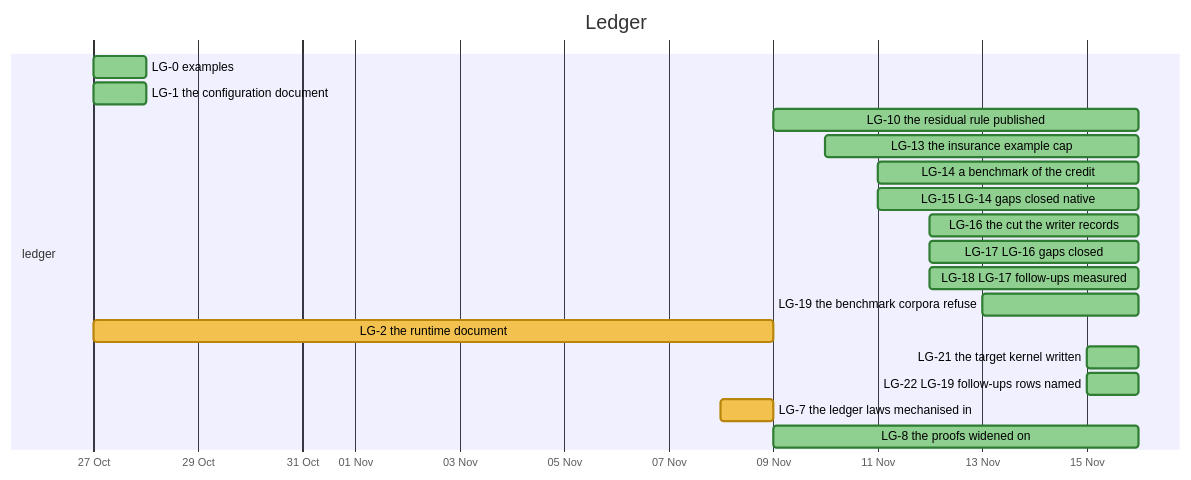
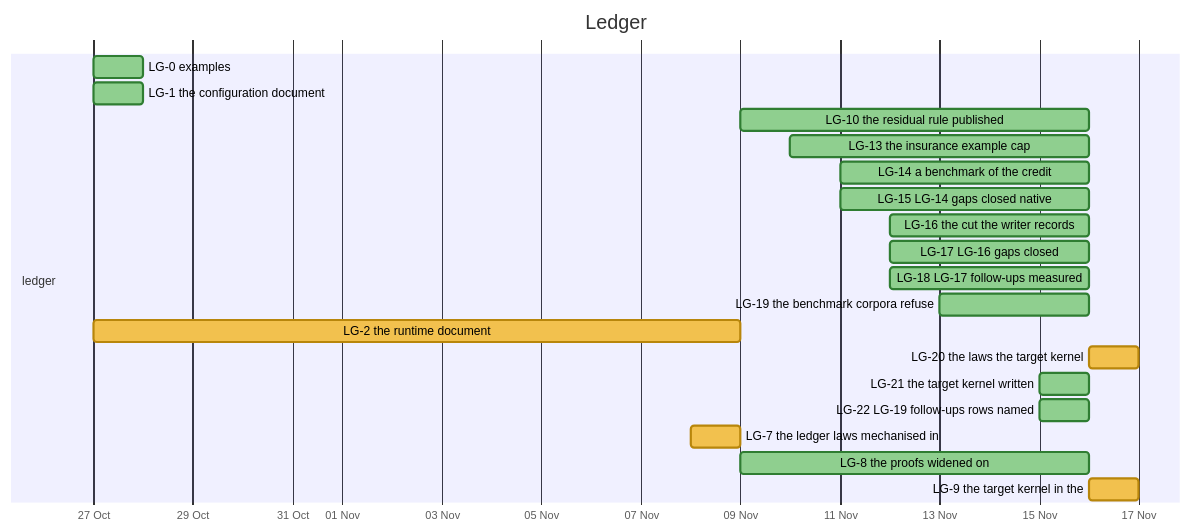
One commit to nebularis/lattice changed the tenth of 31 diagrams in docs/developer/ROADMAP.md. Above: the diagram before and after it, drawn with Mermaid. The commit also changed other lines of this file and 3 other files, not shown here.

````diff
--- a/docs/developer/ROADMAP.md
+++ b/docs/developer/ROADMAP.md
@@ -334,23 +334,25 @@
 ```mermaid
 %%{init: {"themeVariables": {"taskBkgColor": "#f2c14e", "taskBorderColor": "#b8860b", "taskTextColor": "#000000", "activeTaskBkgColor": "#4e9af1", "activeTaskBorderColor": "#1f5fbf", "activeTaskBorderColor": "#1f5fbf", "doneTaskBkgColor": "#8fcf8f", "doneTaskBorderColor": "#2f7d32", "critBkgColor": "#f28b82", "critBorderColor": "#b23a30", "taskTextDarkColor": "#000000", "taskTextLightColor": "#000000"}}}%%
 gantt
     title Ledger
     dateFormat YYYY-MM-DD
     axisFormat %d %b
     section ledger
     LG-0 examples :done, lg0, 2026-10-27, 2026-10-28
     LG-1 the configuration document :done, lg1, 2026-10-27, 2026-10-28
     LG-10 the residual rule published :done, lg10, 2026-11-09, 2026-11-16
     LG-13 the insurance example cap :done, lg13, 2026-11-10, 2026-11-16
     LG-14 a benchmark of the credit :done, lg14, 2026-11-11, 2026-11-16
     LG-15 LG-14 gaps closed native :done, lg15, 2026-11-11, 2026-11-16
     LG-16 the cut the writer records :done, lg16, 2026-11-12, 2026-11-16
     LG-17 LG-16 gaps closed :done, lg17, 2026-11-12, 2026-11-16
     LG-18 LG-17 follow-ups measured :done, lg18, 2026-11-12, 2026-11-16
     LG-19 the benchmark corpora refuse :done, lg19, 2026-11-13, 2026-11-16
     LG-2 the runtime document :lg2, 2026-10-27, 2026-11-09
+    LG-20 the laws the target kernel :lg20, 2026-11-16, 2026-11-17
     LG-21 the target kernel written :done, lg21, 2026-11-15, 2026-11-16
     LG-22 LG-19 follow-ups rows named :done, lg22, 2026-11-15, 2026-11-16
     LG-7 the ledger laws mechanised in :lg7, 2026-11-08, 2026-11-09
     LG-8 the proofs widened on :done, lg8, 2026-11-09, 2026-11-16
+    LG-9 the target kernel in the :lg9, 2026-11-16, 2026-11-17
 ```
````
